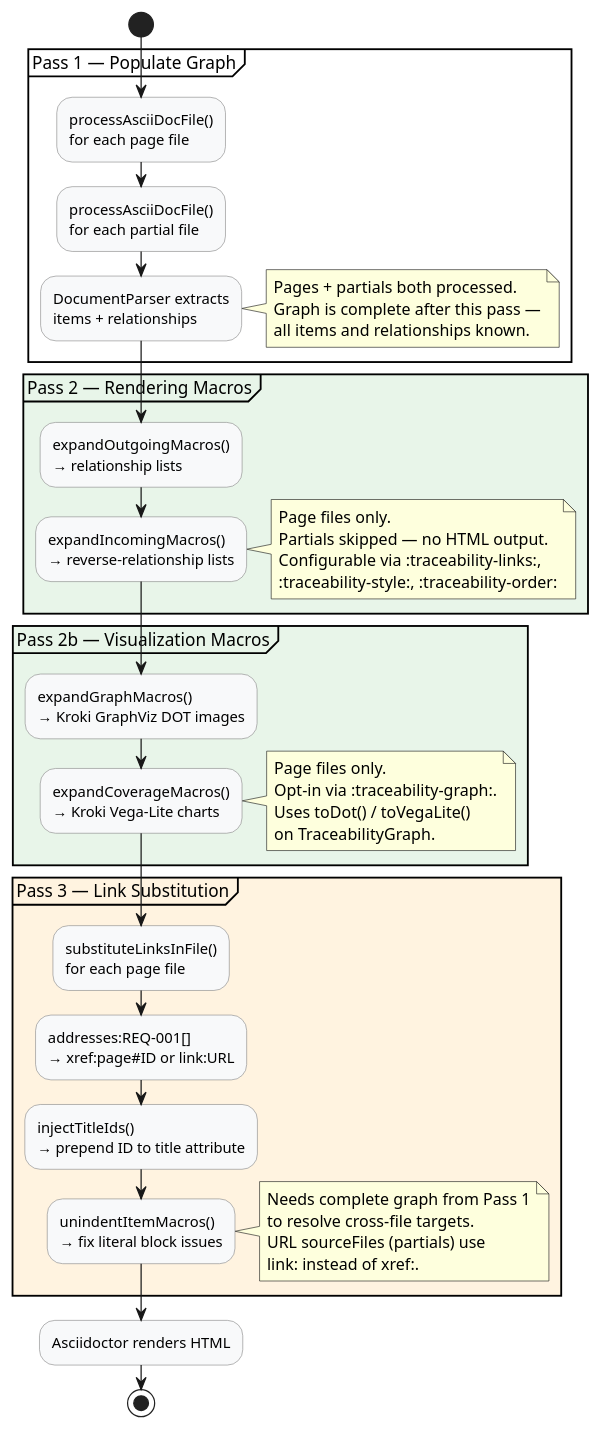
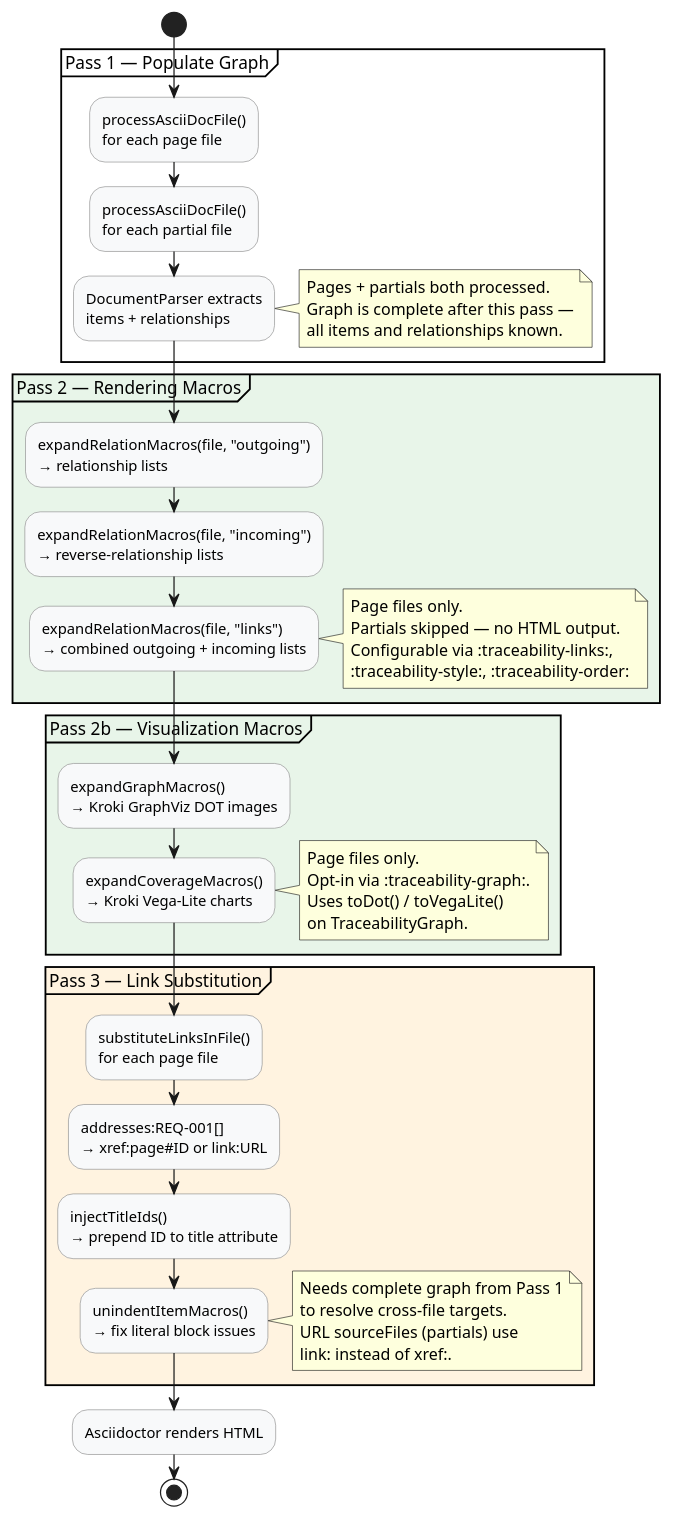
One commit to rattermeyer/antora-tracer changed the diagram in examples/component-one/modules/ROOT/examples/pass-pipeline.puml. Above: the diagram before and after it, drawn with PlantUML. The commit also changed 19 other files, not shown here.

```diff
--- a/examples/component-one/modules/ROOT/examples/pass-pipeline.puml
+++ b/examples/component-one/modules/ROOT/examples/pass-pipeline.puml
@@ -1,59 +1,60 @@
 @startuml
 ' Content processing pipeline — the four passes within contentClassified
 
 skinparam activityBackgroundColor #F8F9FA
 skinparam activityBorderColor #888888
 
 start
 
 partition "Pass 1 — Populate Graph" {
   :processAsciiDocFile()\nfor each page file;
   :processAsciiDocFile()\nfor each partial file;
   :DocumentParser extracts\nitems + relationships;
   note right
     Pages + partials both processed.
     Graph is complete after this pass —
     all items and relationships known.
   end note
 }
 
 partition "Pass 2 — Rendering Macros" #E8F5E9 {
-  :expandOutgoingMacros()\n→ relationship lists;
-  :expandIncomingMacros()\n→ reverse-relationship lists;
+  :expandRelationMacros(file, "outgoing")\n→ relationship lists;
+  :expandRelationMacros(file, "incoming")\n→ reverse-relationship lists;
+  :expandRelationMacros(file, "links")\n→ combined outgoing + incoming lists;
   note right
     Page files only.
     Partials skipped — no HTML output.
     Configurable via :traceability-links:,
     :traceability-style:, :traceability-order:
   end note
 }
 
 partition "Pass 2b — Visualization Macros" #E8F5E9 {
   :expandGraphMacros()\n→ Kroki GraphViz DOT images;
   :expandCoverageMacros()\n→ Kroki Vega-Lite charts;
   note right
     Page files only.
     Opt-in via :traceability-graph:.
     Uses toDot() / toVegaLite()
     on TraceabilityGraph.
   end note
 }
 
 partition "Pass 3 — Link Substitution" #FFF3E0 {
   :substituteLinksInFile()\nfor each page file;
   :addresses:REQ-001[]\n→ xref:page#ID or link:URL;
   :injectTitleIds()\n→ prepend ID to title attribute;
   :unindentItemMacros()\n→ fix literal block issues;
   note right
     Needs complete graph from Pass 1
     to resolve cross-file targets.
     URL sourceFiles (partials) use
     link: instead of xref:.
   end note
 }
 
 :Asciidoctor renders HTML;
 
 stop
 
 @enduml
```
